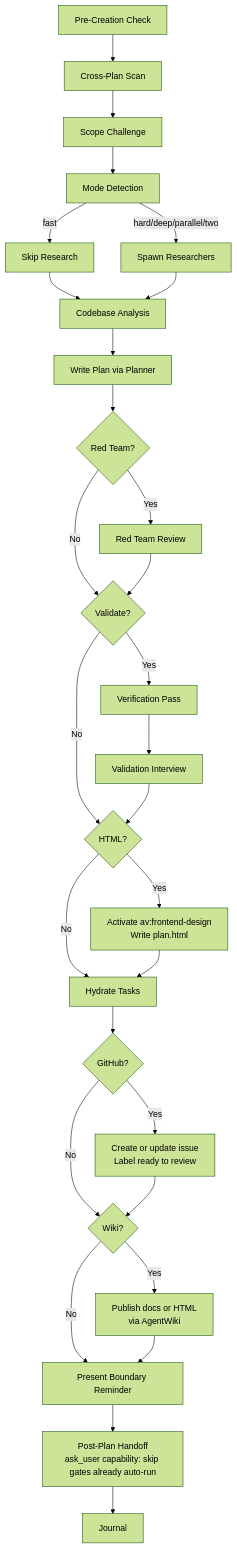
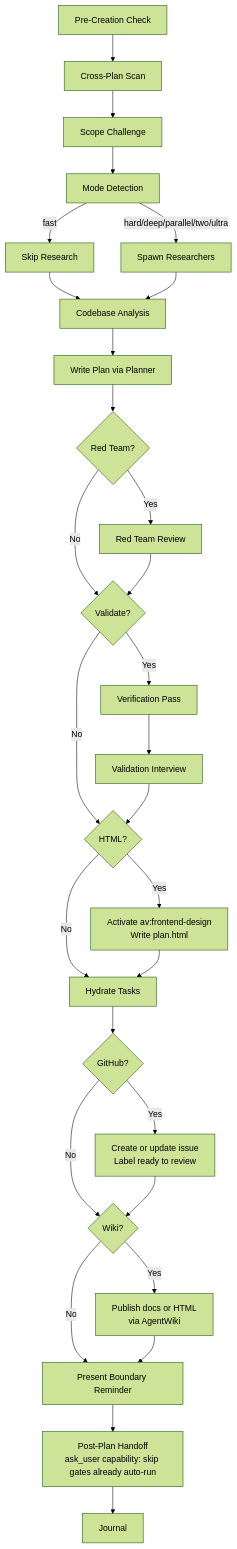
One commit to bavanchun/ariadnev-kit changed the diagram in kit/skills/plan/SKILL.md. Above: the diagram before and after it, drawn with Mermaid (forest theme). The commit also changed other lines of this file and 17 other files, not shown here.

````diff
--- a/kit/skills/plan/SKILL.md
+++ b/kit/skills/plan/SKILL.md
@@ -102,31 +104,31 @@
 ```mermaid
 flowchart TD
     A[Pre-Creation Check] --> B[Cross-Plan Scan]
     B --> C[Scope Challenge]
     C --> D[Mode Detection]
     D -->|fast| E[Skip Research]
-    D -->|hard/deep/parallel/two| F[Spawn Researchers]
+    D -->|hard/deep/parallel/two/ultra| F[Spawn Researchers]
     E --> G[Codebase Analysis]
     F --> G
     G --> H[Write Plan via Planner]
     H --> I{Red Team?}
     I -->|Yes| J[Red Team Review]
     I -->|No| K{Validate?}
     J --> K
     K -->|Yes| V[Verification Pass]
     K -->|No| X{HTML?}
     V --> L[Validation Interview]
     L --> X
     X -->|Yes| Y[Activate av:frontend-design<br/>Write plan.html]
     X -->|No| M[Hydrate Tasks]
     Y --> M
     M --> Q{GitHub?}
     Q -->|Yes| R[Create or update issue<br/>Label ready to review]
     Q -->|No| W{Wiki?}
     R --> W
     W -->|Yes| S[Publish docs or HTML<br/>via AgentWiki]
     W -->|No| N[Present Boundary Reminder]
     S --> N
     N --> P[Post-Plan Handoff<br/>ask_user capability: skip gates already auto-run]
     P --> O[Journal]
 ```
````
